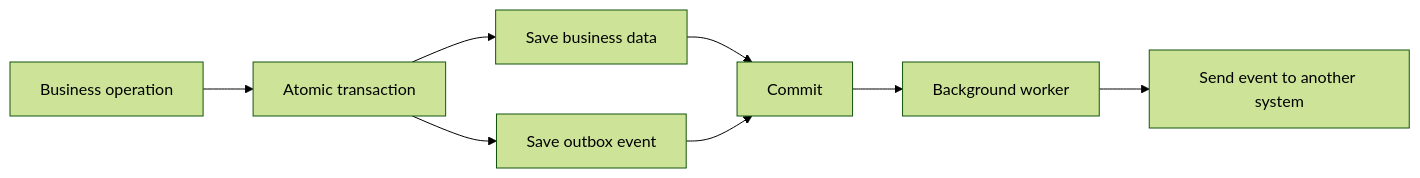
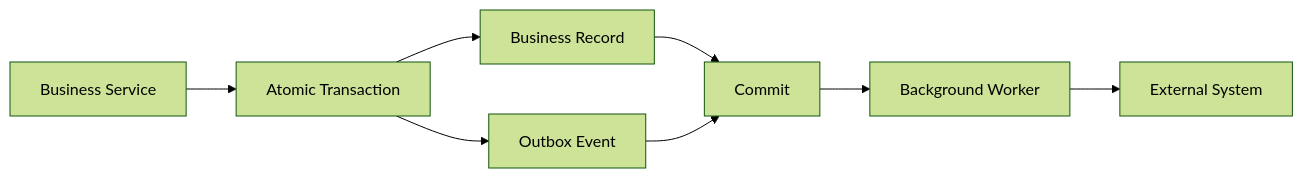
Before and after one commit to AvadhBhalodiya/Interview-Preparation: the sixth of 8 diagrams in src/content/django/transactions-atomic.md, drawn with Mermaid (forest theme). The commit also changed other lines of this file and 80 other files, not shown here.

````diff
--- a/src/content/django/transactions-atomic.md
+++ b/src/content/django/transactions-atomic.md
@@ -1019,10 +801,10 @@
 ```mermaid
 flowchart LR
-    A[Business operation] --> B[Atomic transaction]
-    B --> C[Save business data]
-    B --> D[Save outbox event]
+    A[Business Service] --> B[Atomic Transaction]
+    B --> C[Business Record]
+    B --> D[Outbox Event]
     C --> E[Commit]
     D --> E
-    E --> F[Background worker]
-    F --> G[Send event to another system]
+    E --> F[Background Worker]
+    F --> G[External System]
 ```
````
